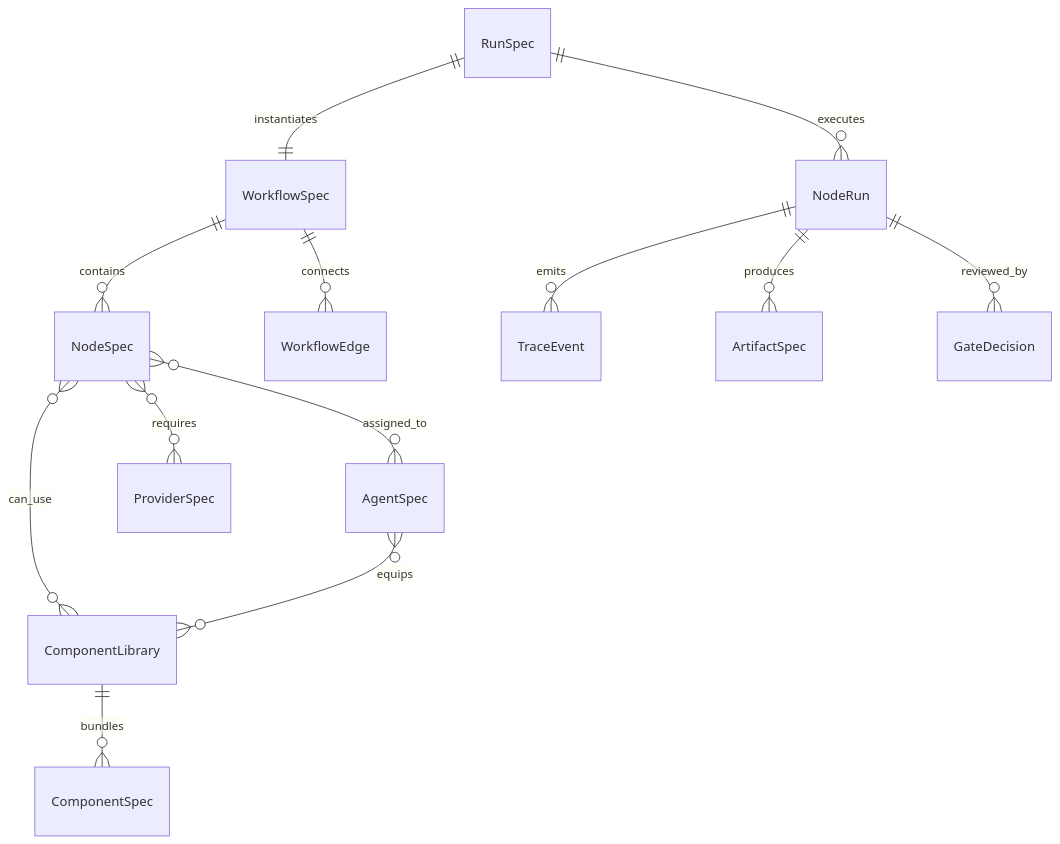
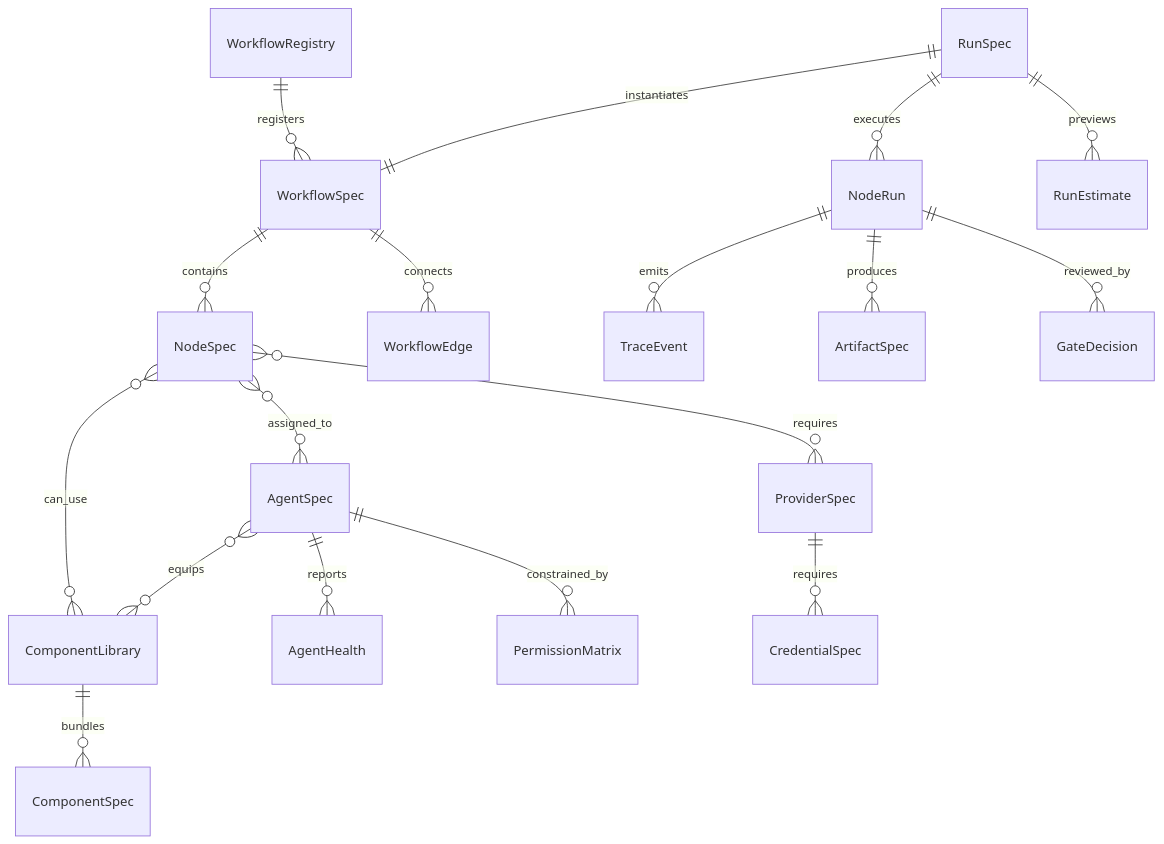
One commit to haozhangyue/miracle-agent changed the diagram in 01_核心架构与对象模型.md. Above: the diagram before and after it, drawn with Mermaid. The commit also changed other lines of this file and 8 other files, not shown here.

````diff
--- a/01_核心架构与对象模型.md
+++ b/01_核心架构与对象模型.md
@@ -21,15 +26,20 @@
 ```mermaid
 erDiagram
   WorkflowSpec ||--o{ NodeSpec : contains
   WorkflowSpec ||--o{ WorkflowEdge : connects
   NodeSpec }o--o{ ComponentLibrary : can_use
   ComponentLibrary ||--o{ ComponentSpec : bundles
   AgentSpec }o--o{ ComponentLibrary : equips
   NodeSpec }o--o{ AgentSpec : assigned_to
   NodeSpec }o--o{ ProviderSpec : requires
   RunSpec ||--|| WorkflowSpec : instantiates
   RunSpec ||--o{ NodeRun : executes
   NodeRun ||--o{ TraceEvent : emits
   NodeRun ||--o{ ArtifactSpec : produces
   NodeRun ||--o{ GateDecision : reviewed_by
+  WorkflowRegistry ||--o{ WorkflowSpec : registers
+  AgentSpec ||--o{ AgentHealth : reports
+  AgentSpec ||--o{ PermissionMatrix : constrained_by
+  ProviderSpec ||--o{ CredentialSpec : requires
+  RunSpec ||--o{ RunEstimate : previews
 ```
````
